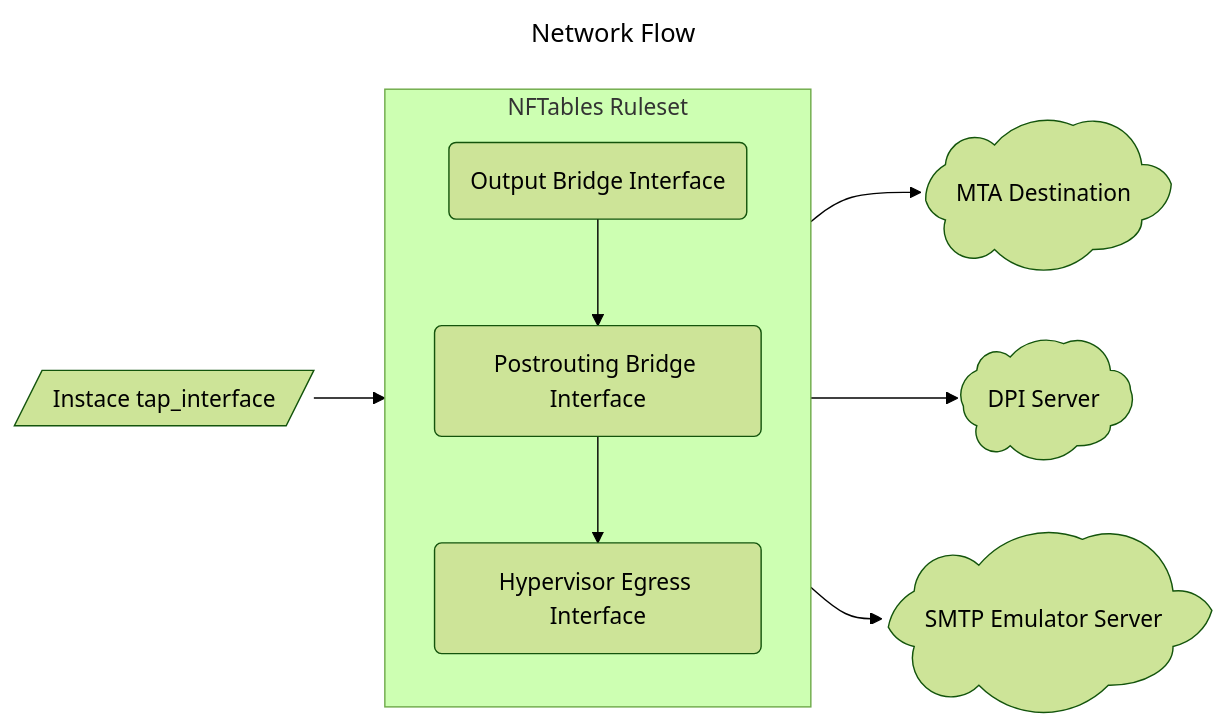
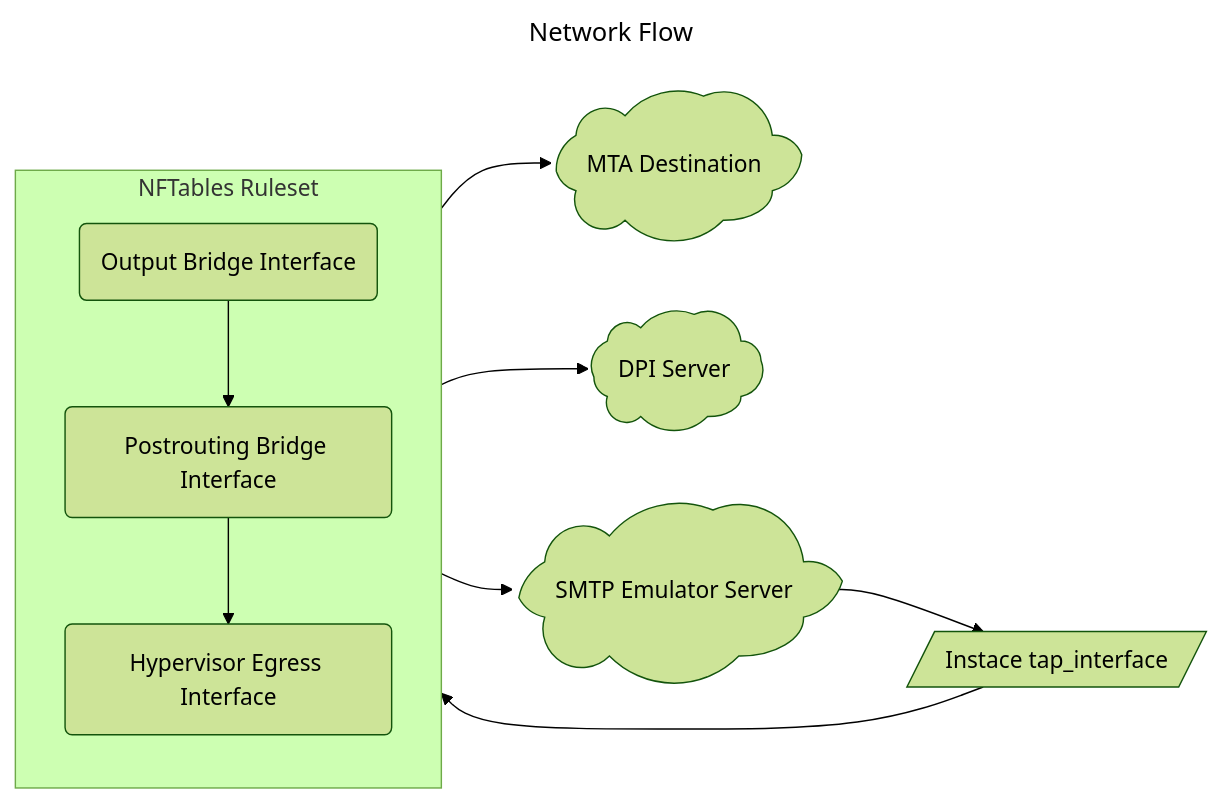
One commit to Zai4ikManiak/Cyber-Security-Study changed the diagram in Antispam System/README.md. Above: the diagram before and after it, drawn with Mermaid (forest theme).

Commit message:
modified:   README.md

````diff
--- a/Antispam System/README.md
+++ b/Antispam System/README.md
@@ -3,24 +3,24 @@
 ```mermaid
 ---
 title: Network Flow
 ---
 flowchart LR
     
     tap_int["Instace tap_interface"]@{ shape: in-out }
 
     subgraph firewall["NFTables Ruleset"]
         output_br["Output Bridge Interface"]@{ shape: event }
         post_ro_br["Postrouting Bridge Interface"]@{ shape: event }
         egress["Hypervisor Egress Interface"]@{ shape: event }
     end
 
     net["MTA Destination"]@{ shape: cloud }
     dpi["DPI Server"]@{ shape: cloud }
     em{"SMTP Emulator Server"}@{ shape: cloud }
 
     tap_int --> firewall
     output_br --> post_ro_br --> egress
     firewall --> net
     firewall --> dpi
-    firewall --> em
+    firewall --> em --> tap_int
 ```
````
